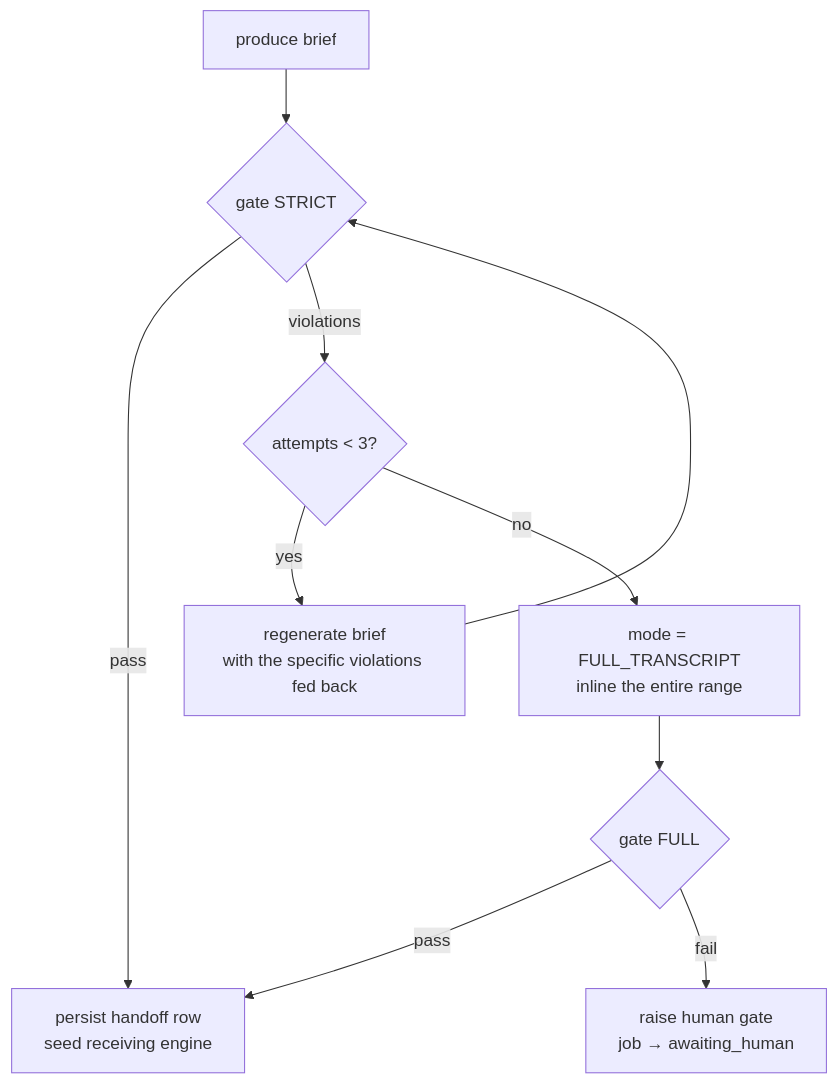
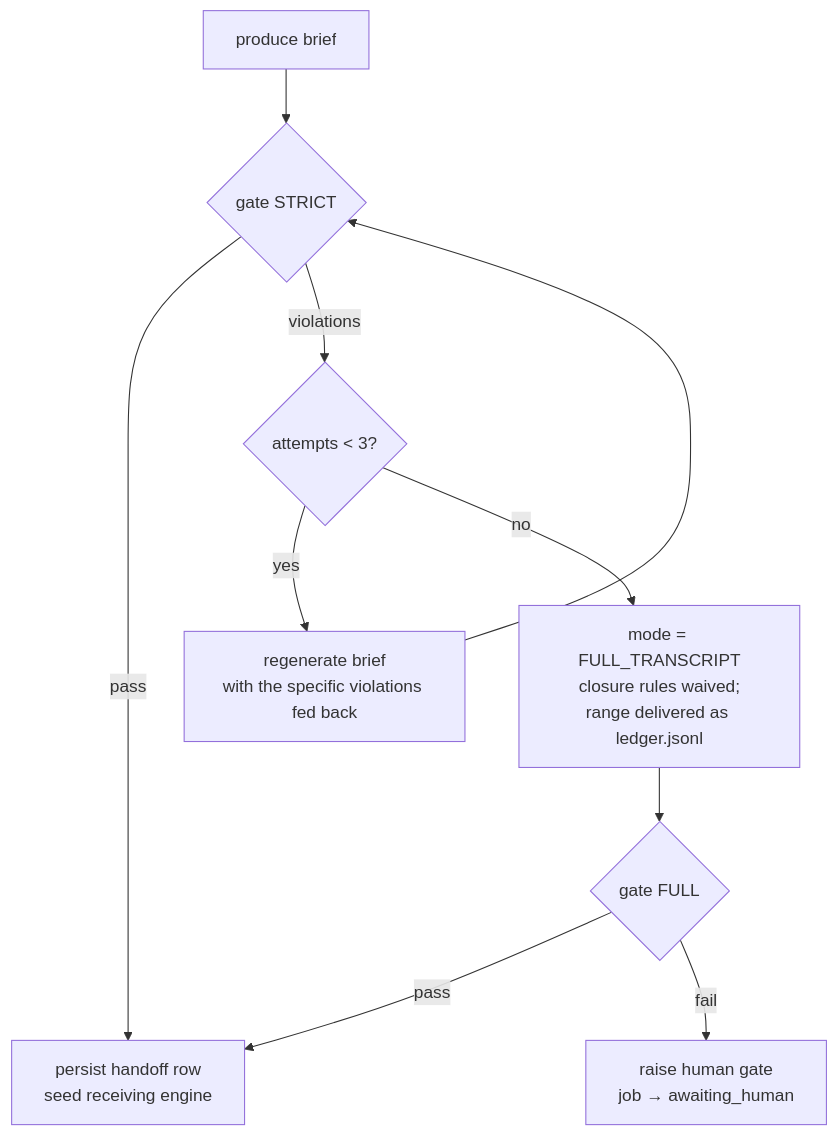
One commit to adammatthewsteinberger/vibey changed the second of 2 diagrams in docs/plans/handoff-protocol.md. Above: the diagram before and after it, drawn with Mermaid. The commit also changed other lines of this file and 6 other files, not shown here.

````diff
--- a/docs/plans/handoff-protocol.md
+++ b/docs/plans/handoff-protocol.md
@@ -476,12 +476,12 @@
 ```mermaid
 flowchart TD
     A["produce brief"] --> B{"gate STRICT"}
     B -->|pass| Z["persist handoff row<br/>seed receiving engine"]
     B -->|violations| C{"attempts < 3?"}
     C -->|yes| D["regenerate brief<br/>with the specific violations fed back"]
     D --> B
-    C -->|no| E["mode = FULL_TRANSCRIPT<br/>inline the entire range"]
+    C -->|no| E["mode = FULL_TRANSCRIPT<br/>closure rules waived;<br/>range delivered as ledger.jsonl"]
     E --> F{"gate FULL"}
     F -->|pass| Z
     F -->|fail| G["raise human gate<br/>job → awaiting_human"]
 ```
````
